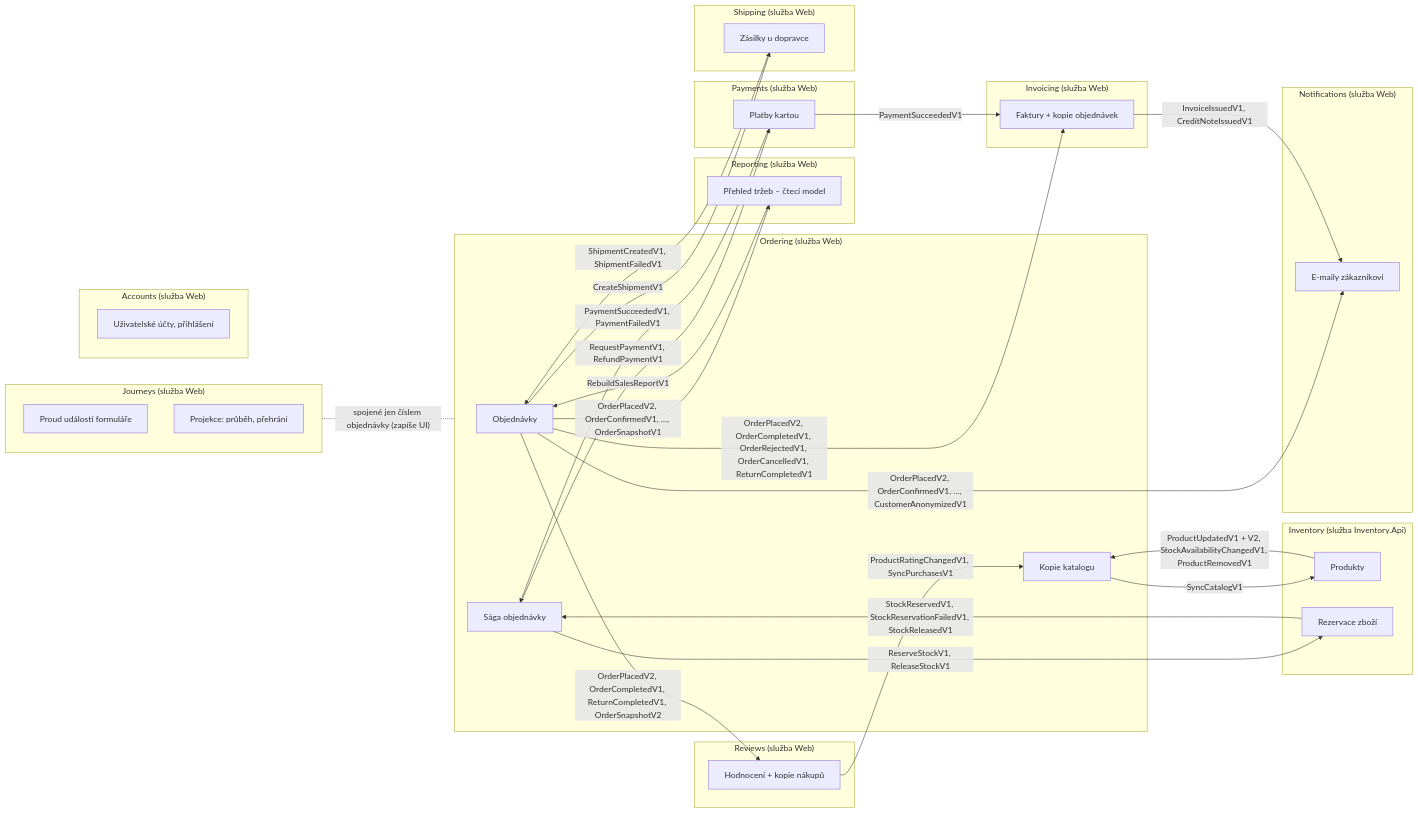
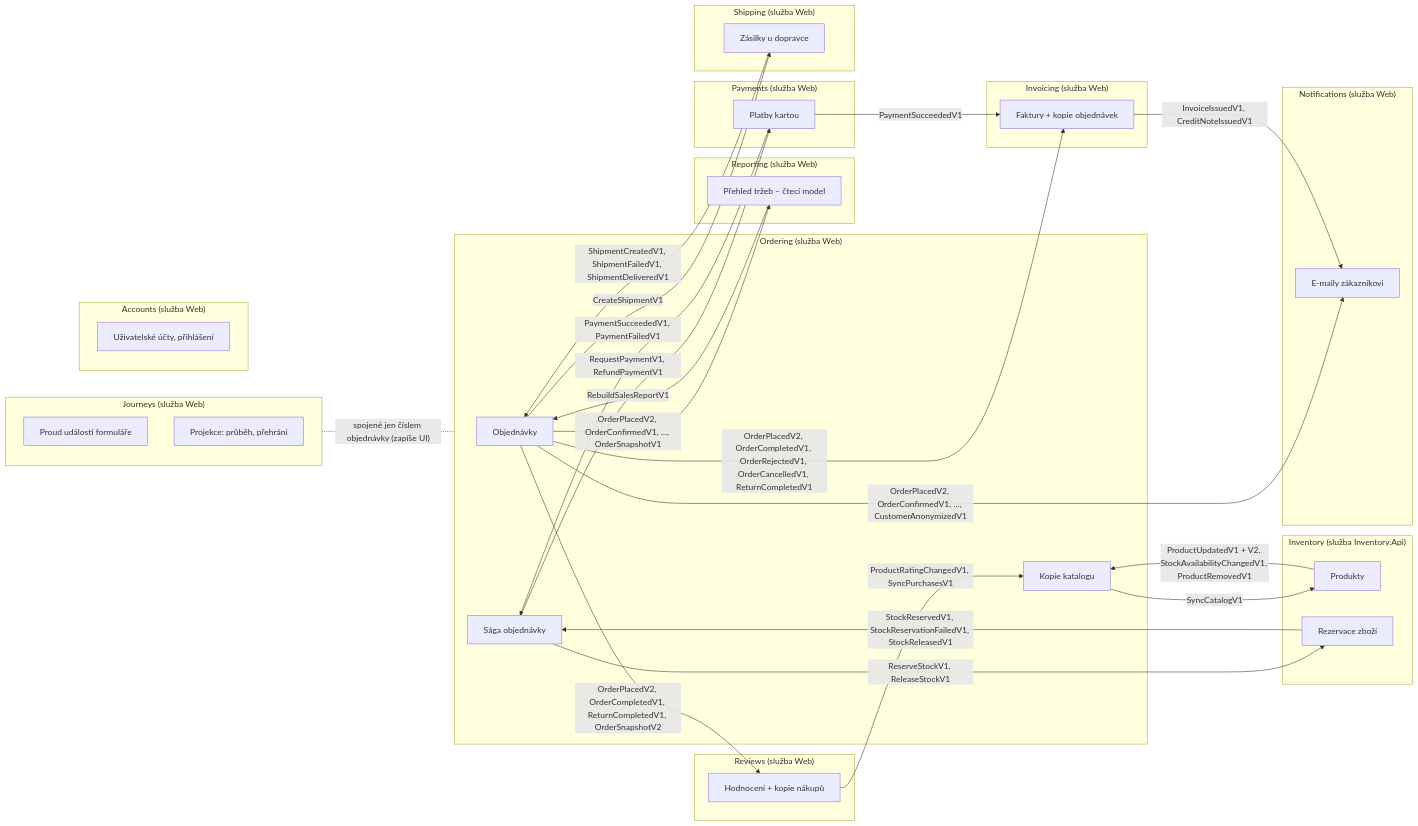
The diagram in docs/prirucka/architektura/moduly/index.md (ftichy/MiniShop), drawn with Mermaid before and after one commit. The commit also changed 54 other files, not shown here.

````diff
--- a/docs/prirucka/architektura/moduly/index.md
+++ b/docs/prirucka/architektura/moduly/index.md
@@ -12,71 +12,71 @@
 ```mermaid
 flowchart LR
     subgraph ord["Ordering (služba Web)"]
         o1[Objednávky]
         o2[Sága objednávky]
         o3[Kopie katalogu]
     end
     subgraph inv["Inventory (služba Inventory.Api)"]
         i1[Produkty]
         i2[Rezervace zboží]
     end
     subgraph jou["Journeys (služba Web)"]
         j1[Proud událostí formuláře]
         j2[Projekce: průběh, přehrání]
     end
 
     o2 -->|"ReserveStockV1, ReleaseStockV1"| i2
     i2 -->|"StockReservedV1, StockReservationFailedV1, StockReleasedV1"| o2
     i1 -->|"ProductUpdatedV1 + V2, StockAvailabilityChangedV1, ProductRemovedV1"| o3
     o3 -->|SyncCatalogV1| i1
     subgraph acc["Accounts (služba Web)"]
         a1[Uživatelské účty, přihlášení]
     end
     subgraph ntf["Notifications (služba Web)"]
         n1[E-maily zákazníkovi]
     end
     subgraph pay["Payments (služba Web)"]
         p1[Platby kartou]
     end
     o2 -->|"RequestPaymentV1, RefundPaymentV1"| p1
     p1 -->|"PaymentSucceededV1, PaymentFailedV1"| o2
     o1 -->|"OrderPlacedV2, OrderConfirmedV1, …, CustomerAnonymizedV1"| n1
     subgraph rep["Reporting (služba Web)"]
         r1[Přehled tržeb – čtecí model]
     end
     o1 -->|"OrderPlacedV2, OrderConfirmedV1, …, OrderSnapshotV1"| r1
     r1 -->|RebuildSalesReportV1| o1
     subgraph rev["Reviews (služba Web)"]
         v1[Hodnocení + kopie nákupů]
     end
     o1 -->|"OrderPlacedV2, OrderCompletedV1, ReturnCompletedV1, OrderSnapshotV2"| v1
     v1 -->|"ProductRatingChangedV1, SyncPurchasesV1"| o3
     subgraph fak["Invoicing (služba Web)"]
         f1[Faktury + kopie objednávek]
     end
     o1 -->|"OrderPlacedV2, OrderCompletedV1, OrderRejectedV1, OrderCancelledV1, ReturnCompletedV1"| f1
     p1 -->|PaymentSucceededV1| f1
     f1 -->|"InvoiceIssuedV1, CreditNoteIssuedV1"| n1
     subgraph shp["Shipping (služba Web)"]
         s1[Zásilky u dopravce]
     end
     o1 -->|CreateShipmentV1| s1
-    s1 -->|"ShipmentCreatedV1, ShipmentFailedV1"| o1
+    s1 -->|"ShipmentCreatedV1, ShipmentFailedV1, ShipmentDeliveredV1"| o1
 
     jou -.-|"spojené jen číslem objednávky (zapíše UI)"| ord
 
     click o2 "/Docs/eda/saga"
     click o3 "/Docs/eda/kopie-katalogu"
     click j1 "/Docs/eda/proud-udalosti"
     click o1 "/Docs/architektura/moduly/ordering"
     click i1 "/Docs/architektura/moduly/inventory"
     click i2 "/Docs/architektura/moduly/inventory"
     click j2 "/Docs/architektura/moduly/journeys"
     click a1 "/Docs/architektura/moduly/accounts"
     click n1 "/Docs/architektura/moduly/notifications"
     click p1 "/Docs/architektura/moduly/payments"
     click r1 "/Docs/architektura/moduly/reporting"
     click v1 "/Docs/architektura/moduly/reviews"
     click f1 "/Docs/architektura/moduly/invoicing"
     click s1 "/Docs/architektura/moduly/shipping"
 ```
````
